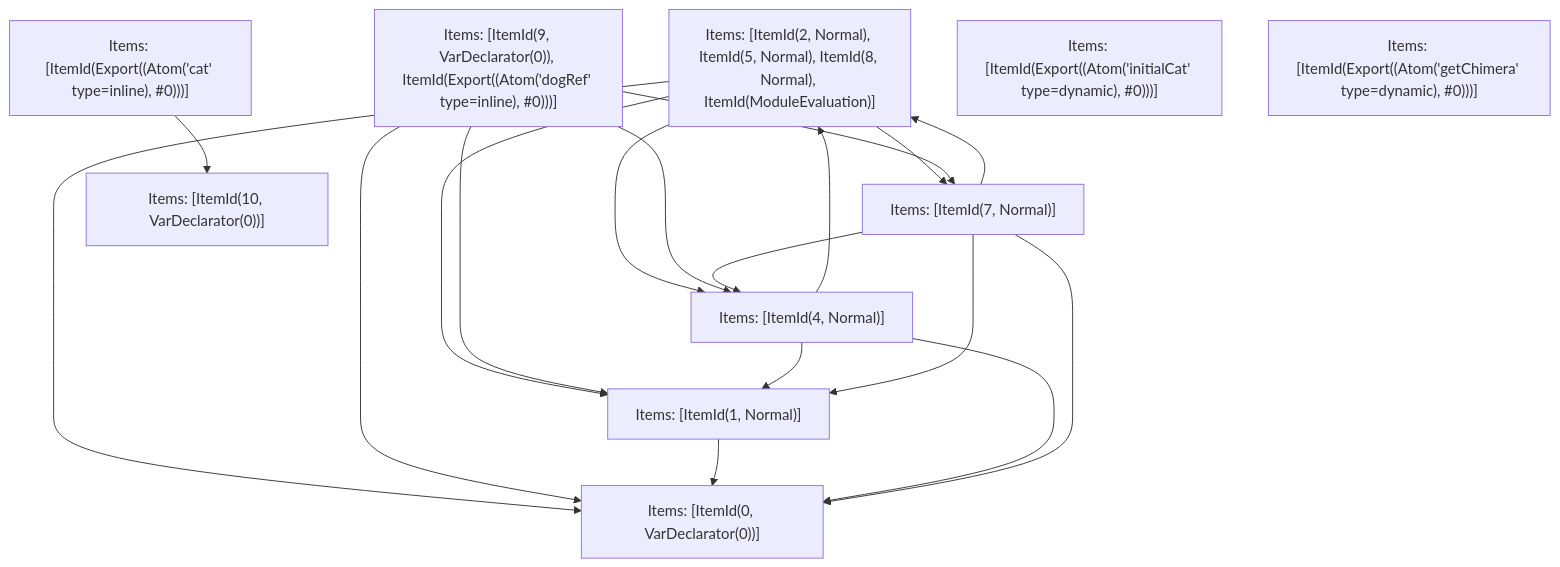
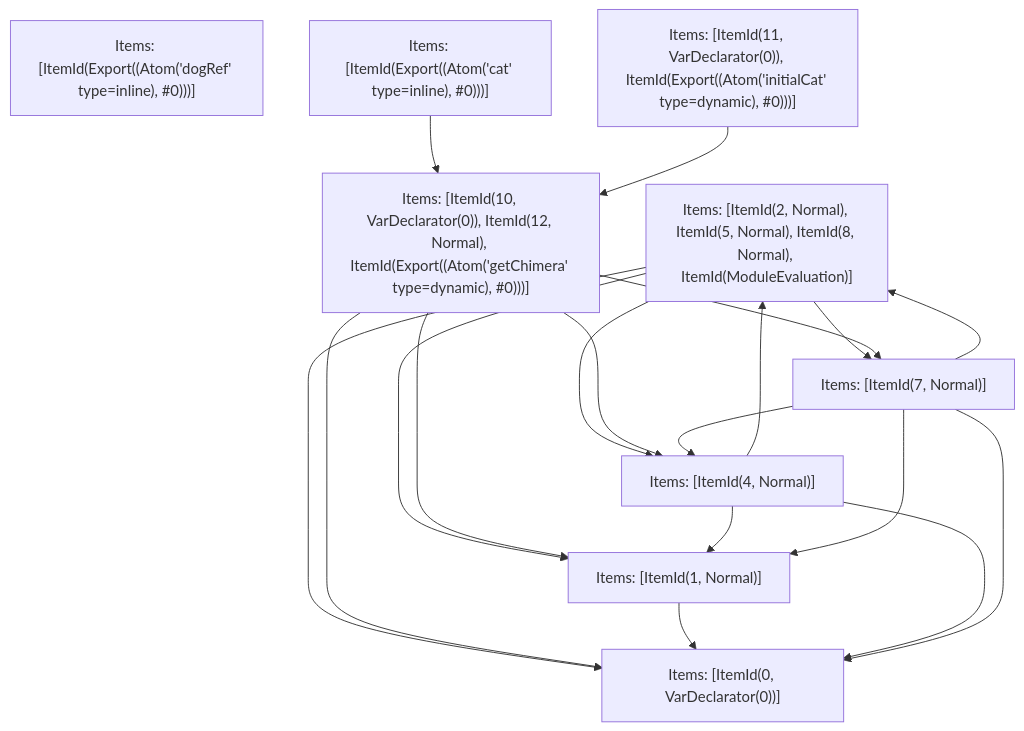
Before and after one commit to vercel/turborepo: the fifth of 5 diagrams in crates/turbopack-ecmascript/tests/tree-shaker/analyzer/complex/output.md, drawn with Mermaid. The commit also changed other lines of this file and 3 other files, not shown here.

````diff
--- a/crates/turbopack-ecmascript/tests/tree-shaker/analyzer/complex/output.md
+++ b/crates/turbopack-ecmascript/tests/tree-shaker/analyzer/complex/output.md
@@ -373,30 +373,30 @@
 ```mermaid
 graph TD
     N0["Items: [ItemId(2, Normal), ItemId(5, Normal), ItemId(8, Normal), ItemId(ModuleEvaluation)]"];
-    N1["Items: [ItemId(9, VarDeclarator(0)), ItemId(Export((Atom('dogRef' type=inline), #0)))]"];
+    N1["Items: [ItemId(Export((Atom('dogRef' type=inline), #0)))]"];
     N2["Items: [ItemId(Export((Atom('cat' type=inline), #0)))]"];
-    N3["Items: [ItemId(Export((Atom('initialCat' type=dynamic), #0)))]"];
-    N4["Items: [ItemId(Export((Atom('getChimera' type=dynamic), #0)))]"];
+    N3["Items: [ItemId(11, VarDeclarator(0)), ItemId(Export((Atom('initialCat' type=dynamic), #0)))]"];
+    N4["Items: [ItemId(10, VarDeclarator(0)), ItemId(12, Normal), ItemId(Export((Atom('getChimera' type=dynamic), #0)))]"];
     N5["Items: [ItemId(0, VarDeclarator(0))]"];
     N6["Items: [ItemId(1, Normal)]"];
     N7["Items: [ItemId(4, Normal)]"];
     N8["Items: [ItemId(7, Normal)]"];
-    N9["Items: [ItemId(10, VarDeclarator(0))]"];
     N0 --> N5;
     N0 --> N6;
     N0 --> N7;
     N0 --> N8;
-    N1 --> N5;
-    N1 --> N6;
-    N1 --> N7;
-    N1 --> N8;
-    N2 --> N9;
+    N2 --> N4;
+    N3 --> N4;
+    N4 --> N5;
+    N4 --> N6;
+    N4 --> N7;
+    N4 --> N8;
     N6 --> N5;
     N7 --> N5;
     N7 --> N6;
     N7 --> N0;
     N8 --> N5;
     N8 --> N6;
     N8 --> N7;
     N8 --> N0;
 ```
````
